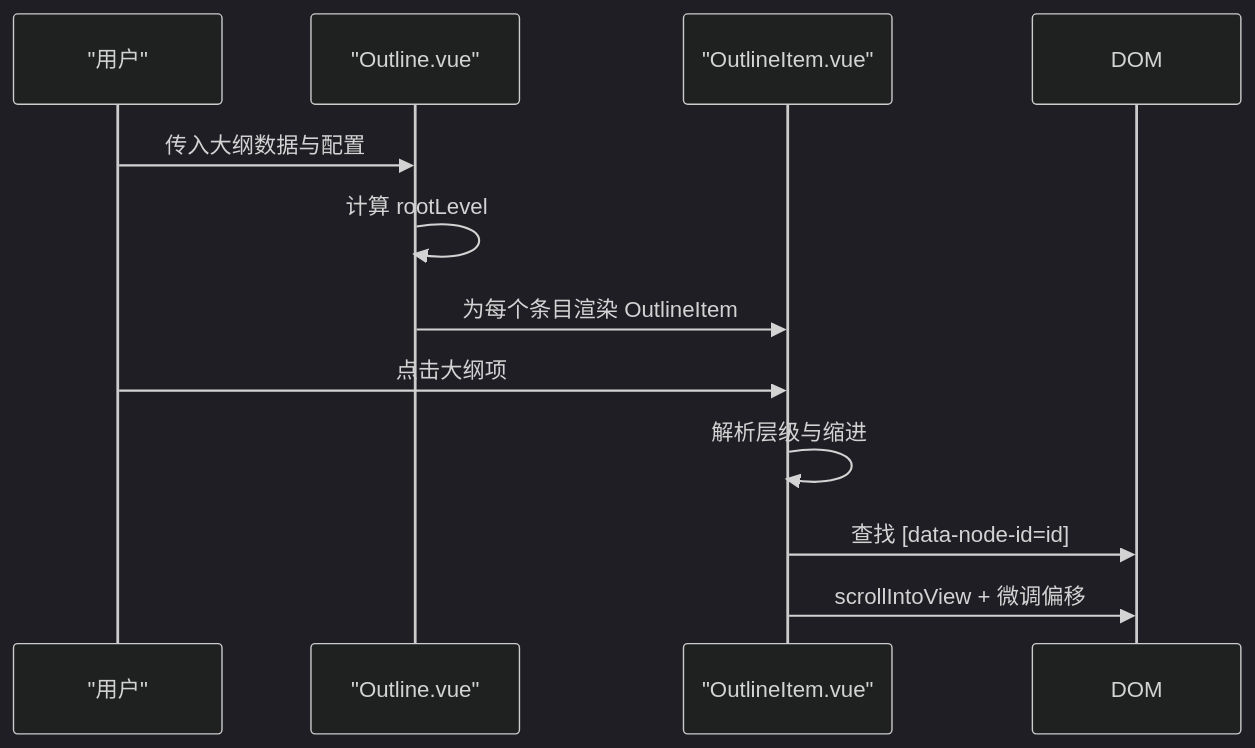
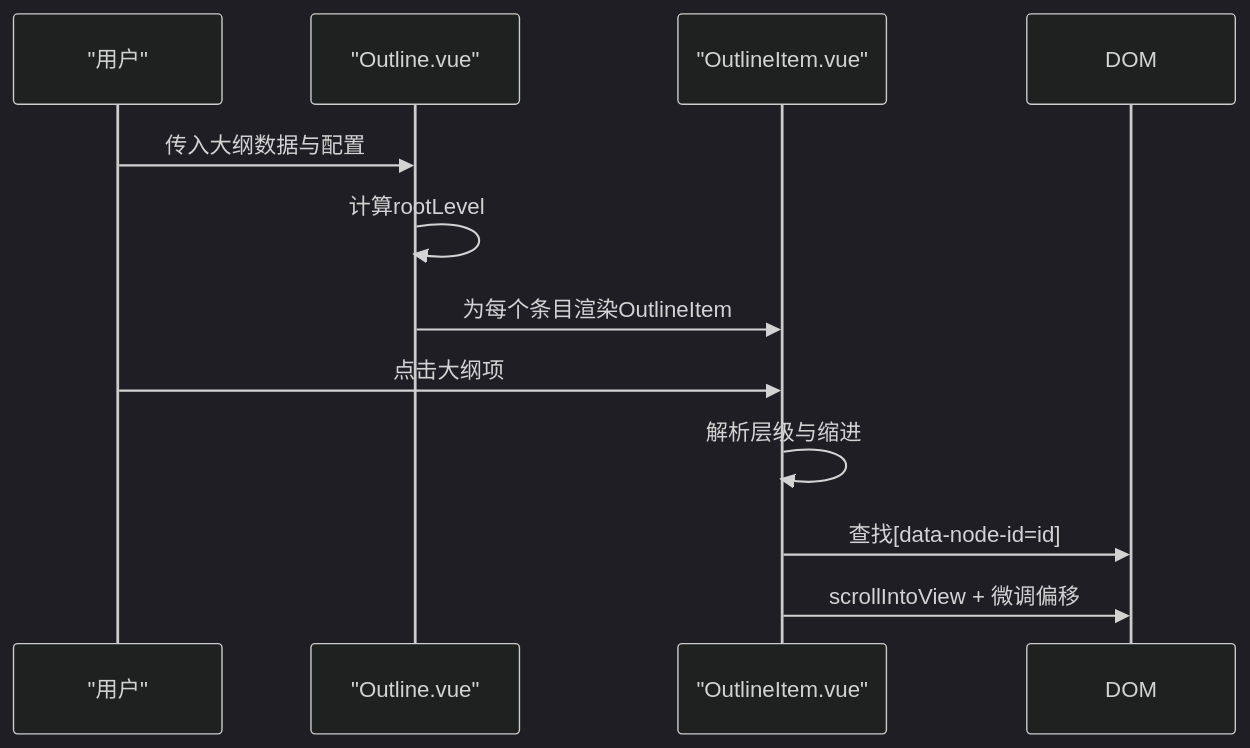
The fifth of 6 diagrams in .qoder/repowiki/zh/content/核心功能/UI 组件系统/内容组件.md (terwer/siyuan-plugin-blog), drawn with Mermaid (dark theme) before and after one commit. The commit also changed other lines of this file and 3 other files, not shown here.

````diff
--- a/.qoder/repowiki/zh/content/核心功能/UI 组件系统/内容组件.md
+++ b/.qoder/repowiki/zh/content/核心功能/UI 组件系统/内容组件.md
@@ -209,13 +231,13 @@
 ```mermaid
 sequenceDiagram
 participant U as "用户"
 participant O as "Outline.vue"
 participant OI as "OutlineItem.vue"
 U->>O : 传入大纲数据与配置
-O->>O : 计算 rootLevel
-O->>OI : 为每个条目渲染 OutlineItem
+O->>O : 计算rootLevel
+O->>OI : 为每个条目渲染OutlineItem
 U->>OI : 点击大纲项
 OI->>OI : 解析层级与缩进
-OI->>DOM : 查找 [data-node-id=id]
+OI->>DOM : 查找[data-node-id=id]
 OI->>DOM : scrollIntoView + 微调偏移
 ```
````
